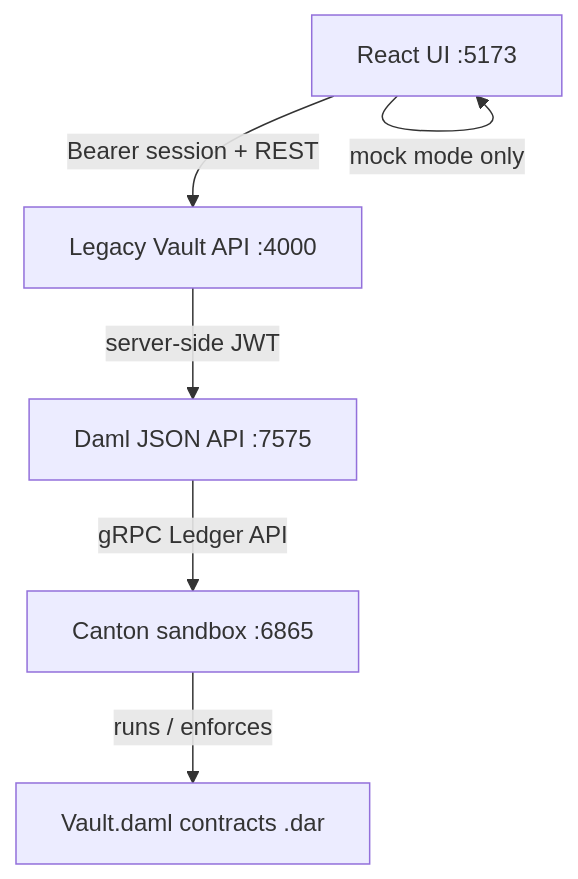
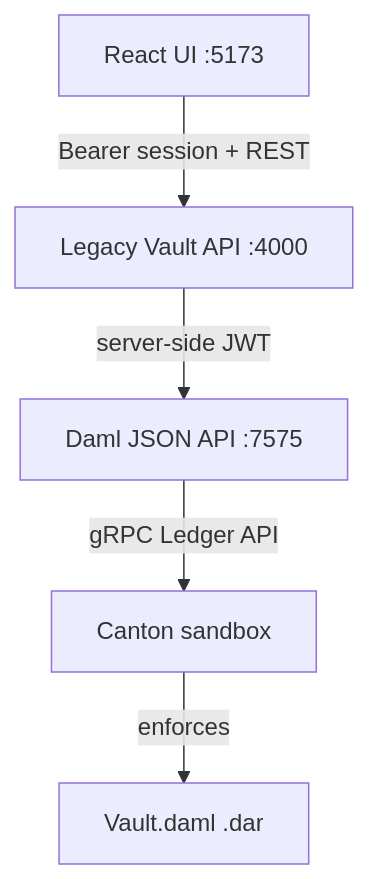
One commit to kylabuildsthings-oss/legacy-vault changed the diagram in README.md. Above: the diagram before and after it, drawn with Mermaid. The commit also changed other lines of this file and 3 other files, not shown here.

````diff
--- a/README.md
+++ b/README.md
@@ -17,14 +17,13 @@
 ```mermaid
 flowchart TB
   UI["React UI :5173"]
   API["Legacy Vault API :4000"]
   JSON["Daml JSON API :7575"]
-  Canton["Canton sandbox :6865"]
-  Daml["Vault.daml contracts .dar"]
+  Canton["Canton sandbox"]
+  Daml["Vault.daml .dar"]
 
   UI -->|"Bearer session + REST"| API
-  UI -->|"mock mode only"| UI
   API -->|"server-side JWT"| JSON
   JSON -->|"gRPC Ledger API"| Canton
-  Canton -->|"runs / enforces"| Daml
+  Canton -->|"enforces"| Daml
 ```
````
